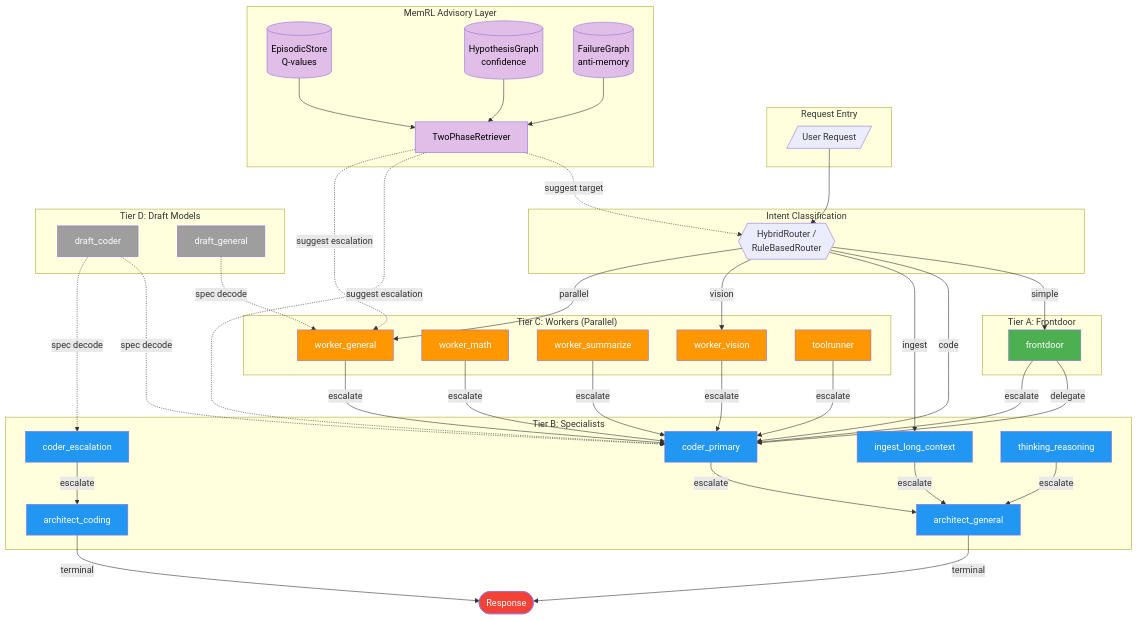
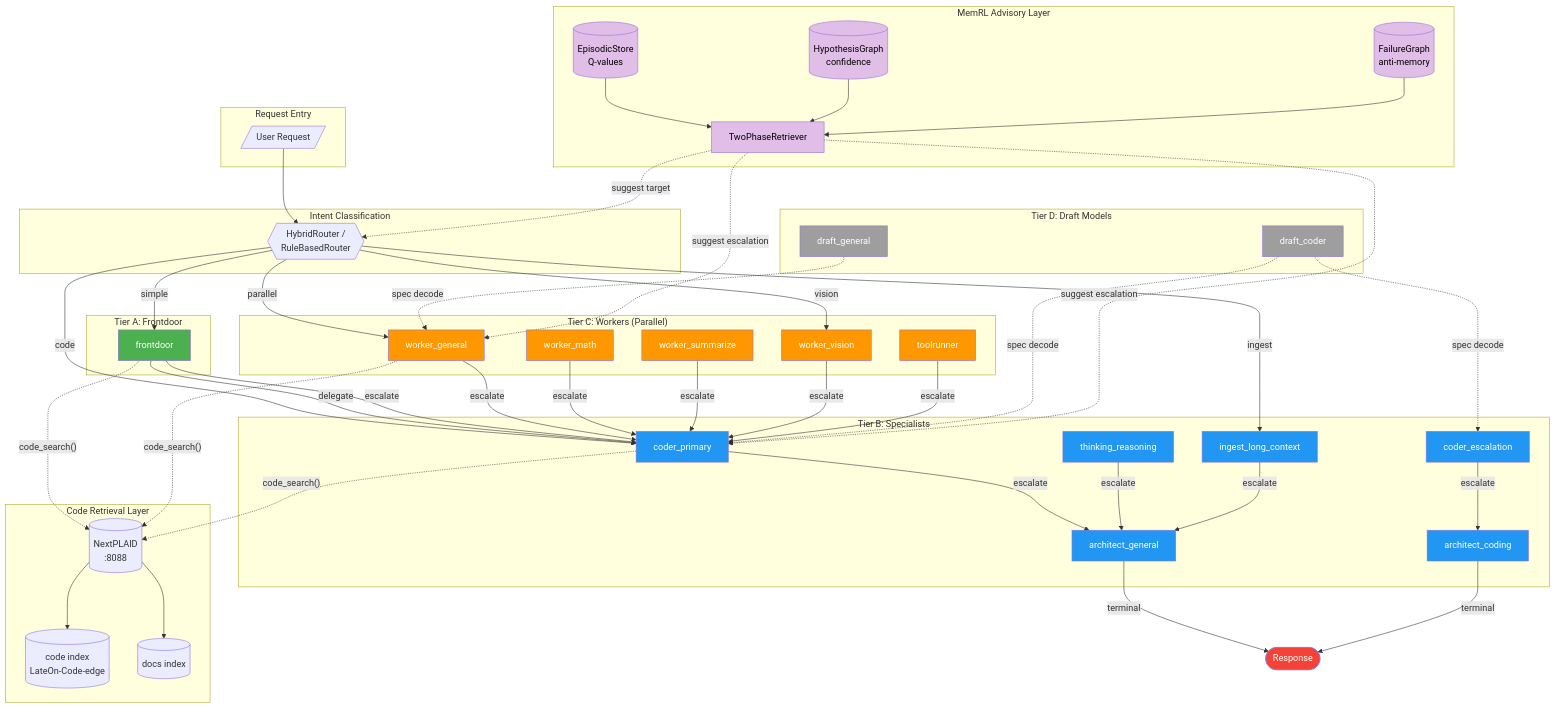
One commit to pestopoppa/amd-epyc-inference changed the first of 4 diagrams in docs/diagrams/orchestration_topology.md. Above: the diagram before and after it, drawn with Mermaid. The commit also changed 20 other files, not shown here.

```diff
--- a/docs/diagrams/orchestration_topology.md
+++ b/docs/diagrams/orchestration_topology.md
@@ -46,6 +46,12 @@
         HG[(HypothesisGraph<br/>confidence)]
         FG[(FailureGraph<br/>anti-memory)]
         TPR[TwoPhaseRetriever]
+    end
+
+    subgraph Retrieval["Code Retrieval Layer"]
+        NP[("NextPLAID<br/>:8088")]
+        CI[(code index<br/>LateOn-Code-edge)]
+        DI[(docs index)]
     end
 
     %% Entry flow
@@ -92,6 +98,13 @@
     TPR -.->|"suggest escalation"| CP
     TPR -.->|"suggest escalation"| WG
 
+    %% Code retrieval (REPL code_search/doc_search)
+    FD -.->|"code_search()"| NP
+    CP -.->|"code_search()"| NP
+    WG -.->|"code_search()"| NP
+    NP --> CI
+    NP --> DI
+
     %% Styling
     classDef tierA fill:#4CAF50,color:white
     classDef tierB fill:#2196F3,color:white
```
